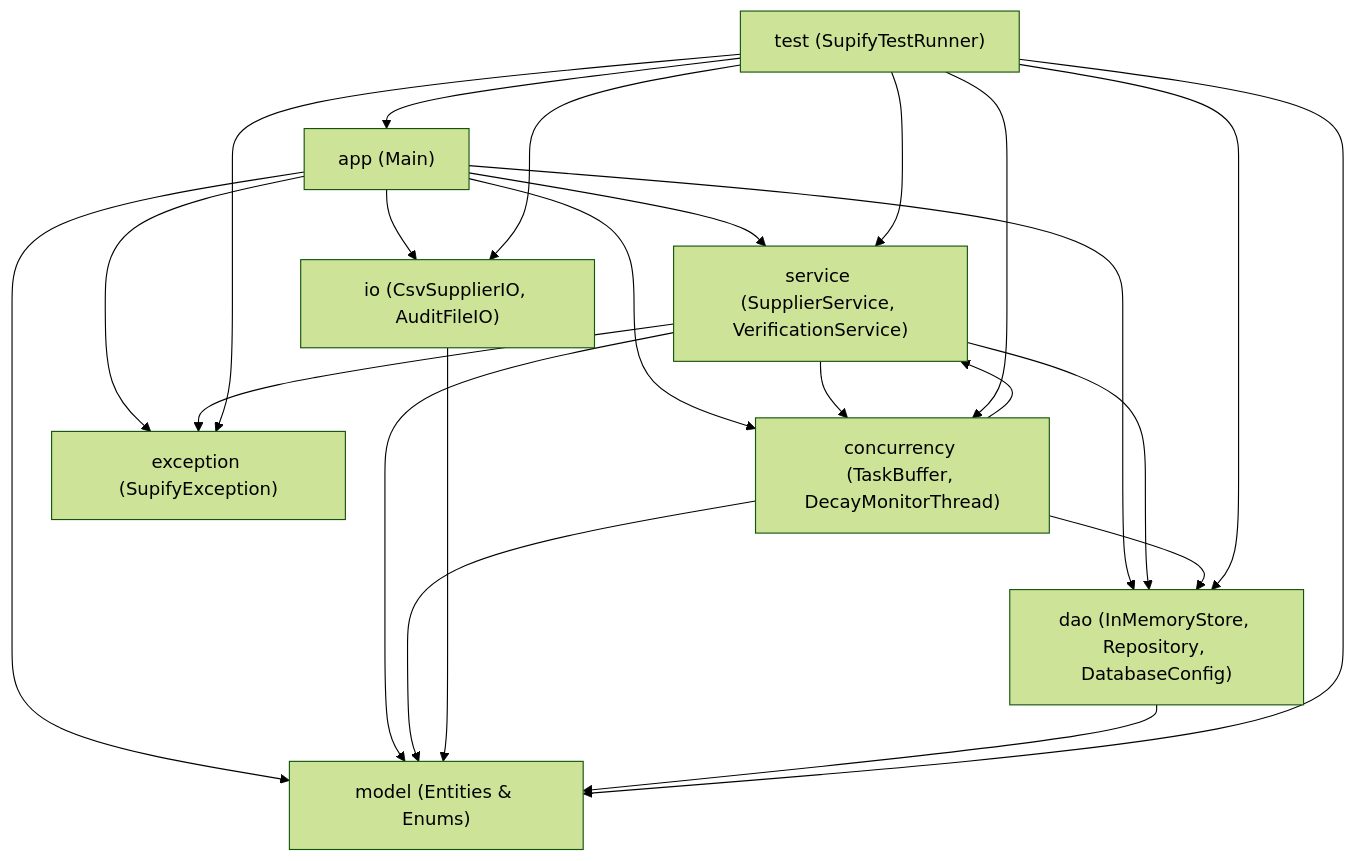
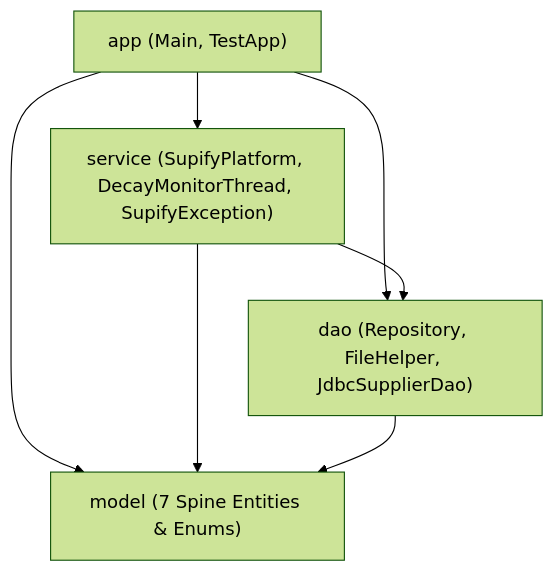
Before and after one commit to ArchitSublok/supify: the first of 2 diagrams in docs/backend-architecture.md, drawn with Mermaid (forest theme). The commit also changed other lines of this file and 38 other files, not shown here.

````diff
--- a/docs/backend-architecture.md
+++ b/docs/backend-architecture.md
@@ -12,29 +9,10 @@
 ```mermaid
 flowchart TD
-    APP["app (Main)"] --> SVC["service (SupplierService, VerificationService)"]
-    APP --> DAO["dao (InMemoryStore, Repository, DatabaseConfig)"]
-    APP --> CONC["concurrency (TaskBuffer, DecayMonitorThread)"]
-    APP --> IO["io (CsvSupplierIO, AuditFileIO)"]
-    APP --> EXC["exception (SupifyException)"]
-    APP --> MODEL["model (Entities & Enums)"]
+    APP["app (Main, TestApp)"] --> SVC["service (SupifyPlatform, DecayMonitorThread, SupifyException)"]
+    APP --> DAO["dao (Repository, FileHelper, JdbcSupplierDao)"]
+    APP --> MODEL["model (7 Spine Entities & Enums)"]
 
     SVC --> DAO
-    SVC --> CONC
-    SVC --> EXC
     SVC --> MODEL
-
-    CONC --> DAO
-    CONC --> SVC
-    CONC --> MODEL
-
-    IO --> MODEL
     DAO --> MODEL
-
-    TEST["test (SupifyTestRunner)"] --> APP
-    TEST --> SVC
-    TEST --> DAO
-    TEST --> CONC
-    TEST --> IO
-    TEST --> EXC
-    TEST --> MODEL
 ```
````
